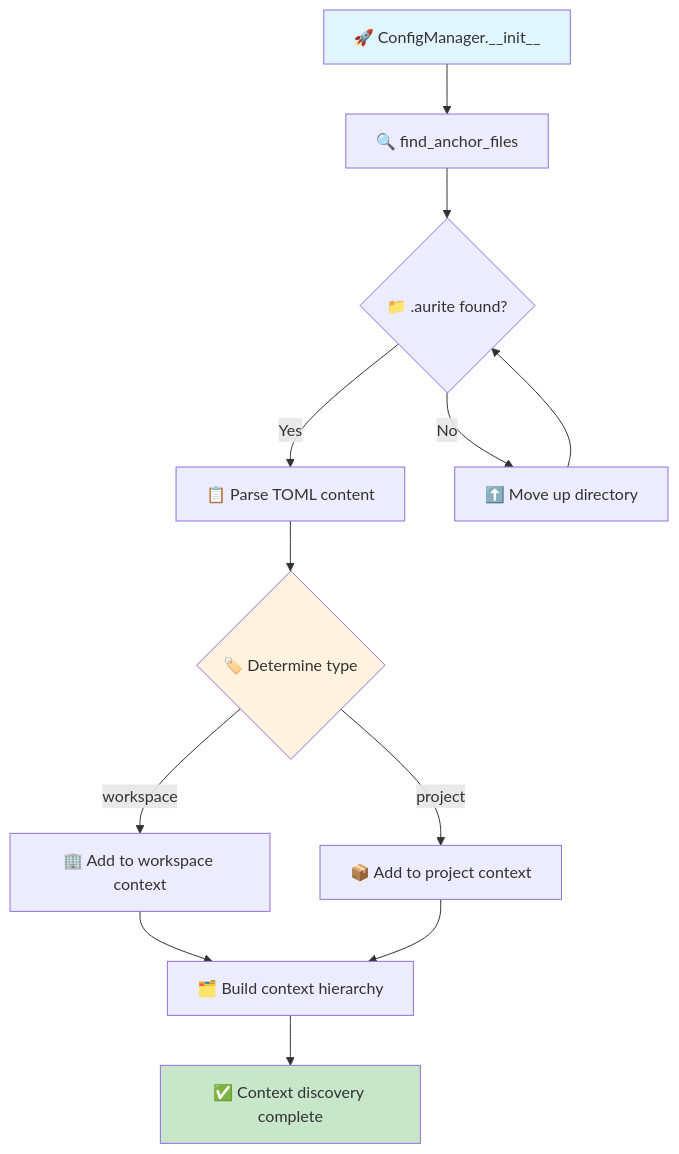
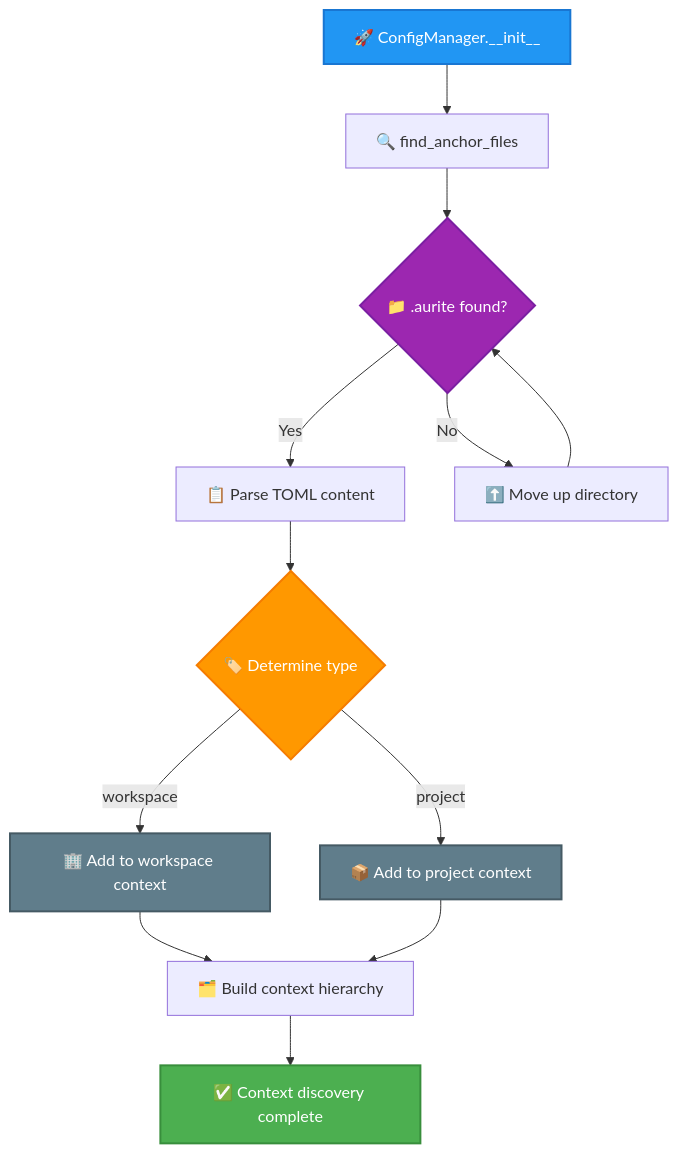
One commit to Aurite-ai/aurite-agents changed the first of 3 diagrams in docs/architecture/flow/config_index_building_flow.md. Above: the diagram before and after it, drawn with Mermaid. The commit also changed other lines of this file and 4 other files, not shown here.

````diff
--- a/docs/architecture/flow/config_index_building_flow.md
+++ b/docs/architecture/flow/config_index_building_flow.md
@@ -70,18 +70,21 @@
 ```mermaid
 flowchart TD
     A[🚀 ConfigManager.__init__] --> B[🔍 find_anchor_files]
     B --> C{📁 .aurite found?}
     C -->|Yes| D[📋 Parse TOML content]
     C -->|No| E[⬆️ Move up directory]
     E --> C
     D --> F{🏷️ Determine type}
     F -->|workspace| G[🏢 Add to workspace context]
     F -->|project| H[📦 Add to project context]
     G --> I[🗂️ Build context hierarchy]
     H --> I
     I --> J[✅ Context discovery complete]
 
-    style A fill:#e1f5fe
-    style J fill:#c8e6c9
-    style F fill:#fff3e0
+    style A fill:#2196F3,stroke:#1976D2,stroke-width:2px,color:#fff
+    style J fill:#4CAF50,stroke:#388E3C,stroke-width:2px,color:#fff
+    style F fill:#FF9800,stroke:#F57C00,stroke-width:2px,color:#fff
+    style C fill:#9C27B0,stroke:#7B1FA2,stroke-width:2px,color:#fff
+    style G fill:#607D8B,stroke:#455A64,stroke-width:2px,color:#fff
+    style H fill:#607D8B,stroke:#455A64,stroke-width:2px,color:#fff
 ```
````
